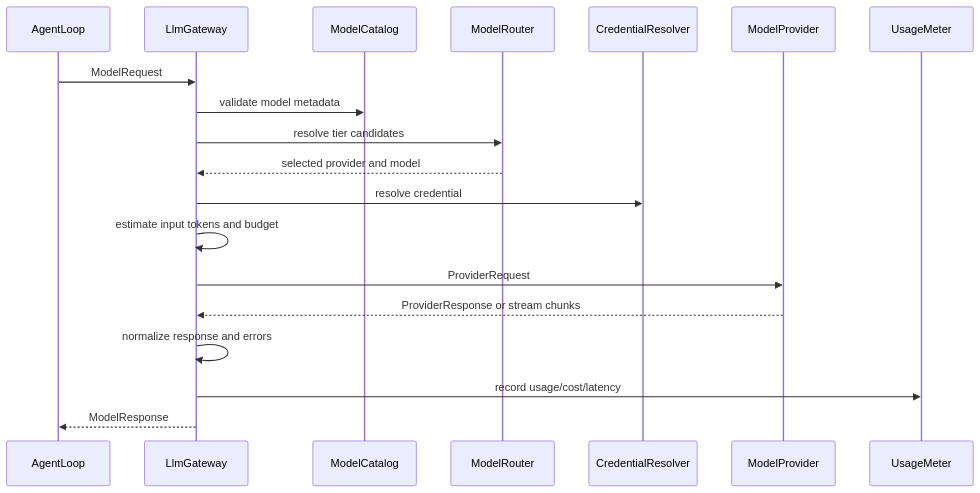
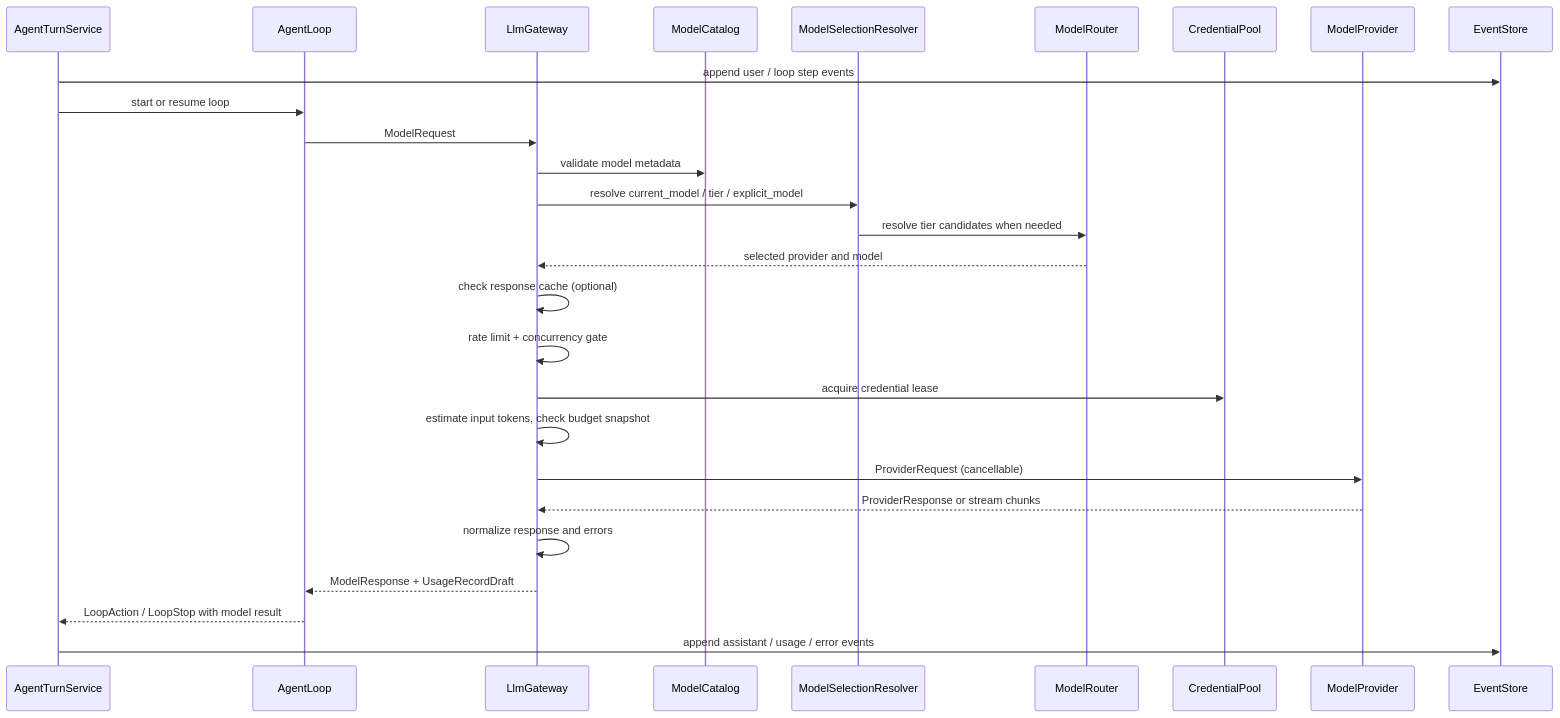
The diagram in docs/adr/2026-07-01-0011-采用统一LLM调用网关支持多供应商.md (qubaolai/ForgeCLI), drawn with Mermaid before and after one commit. The commit also changed other lines of this file, not shown here.

````diff
--- a/docs/adr/2026-07-01-0011-采用统一LLM调用网关支持多供应商.md
+++ b/docs/adr/2026-07-01-0011-采用统一LLM调用网关支持多供应商.md
@@ -365,22 +580,30 @@
 ```mermaid
 sequenceDiagram
+    participant ATS as AgentTurnService
     participant AL as AgentLoop
     participant GW as LlmGateway
     participant CAT as ModelCatalog
+    participant SEL as ModelSelectionResolver
     participant ROUTER as ModelRouter
-    participant CRED as CredentialResolver
+    participant CRED as CredentialPool
     participant P as ModelProvider
-    participant METER as UsageMeter
+    participant STORE as EventStore
 
+    ATS->>STORE: append user / loop step events
+    ATS->>AL: start or resume loop
     AL->>GW: ModelRequest
     GW->>CAT: validate model metadata
-    GW->>ROUTER: resolve tier candidates
+    GW->>SEL: resolve current_model / tier / explicit_model
+    SEL->>ROUTER: resolve tier candidates when needed
     ROUTER-->>GW: selected provider and model
-    GW->>CRED: resolve credential
-    GW->>GW: estimate input tokens and budget
-    GW->>P: ProviderRequest
+    GW->>GW: check response cache (optional)
+    GW->>GW: rate limit + concurrency gate
+    GW->>CRED: acquire credential lease
+    GW->>GW: estimate input tokens, check budget snapshot
+    GW->>P: ProviderRequest (cancellable)
     P-->>GW: ProviderResponse or stream chunks
     GW->>GW: normalize response and errors
-    GW->>METER: record usage/cost/latency
-    GW-->>AL: ModelResponse
+    GW-->>AL: ModelResponse + UsageRecordDraft
+    AL-->>ATS: LoopAction / LoopStop with model result
+    ATS->>STORE: append assistant / usage / error events
 ```
````
